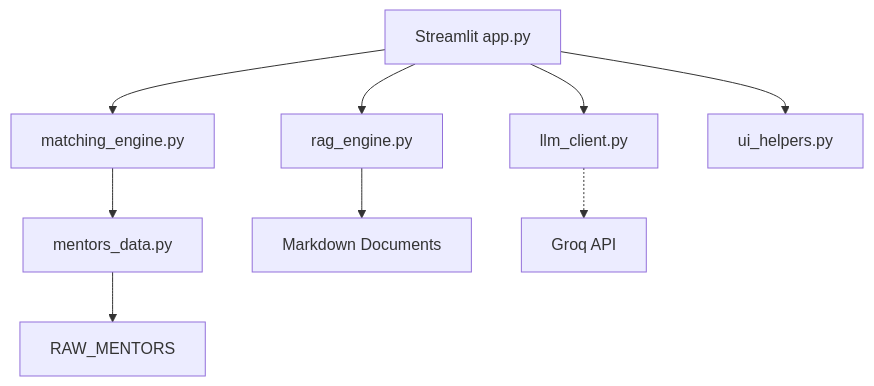
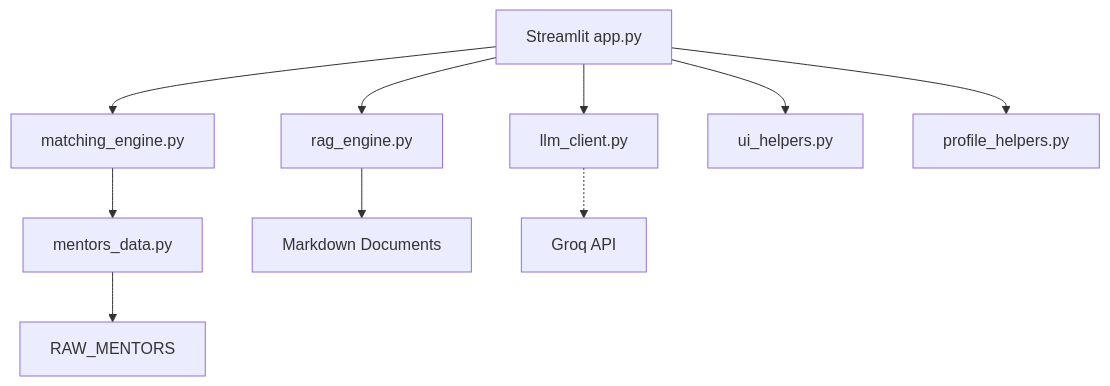
The third of 5 diagrams in docs/architecture.md (levanmanh268/cmc-ai-mentor-network), drawn with Mermaid before and after one commit. The commit also changed other lines of this file, not shown here.

First line of the commit message:
docs(architecture): correct helper responsibilities after preserving collaborator PR #55/#56

````diff
--- a/docs/architecture.md
+++ b/docs/architecture.md
@@ -93,20 +93,22 @@
 ```mermaid
 flowchart TD
     UI[Streamlit app.py]
     CONFIG[llm_client.py]
     KB[rag_engine.py]
     MATCH[matching_engine.py]
     HELPER[ui_helpers.py]
+    PROFILE[profile_helpers.py]
     MR[mentors_data.py]
     MARKDOWN[Markdown Documents]
     RAW[RAW_MENTORS]
     API[Groq API]
     UI --> CONFIG
     UI --> KB
     UI --> MATCH
     UI --> HELPER
+    UI --> PROFILE
     MATCH --> MR
     MR --> RAW
     KB --> MARKDOWN
     CONFIG -.-> API
 ```
````
